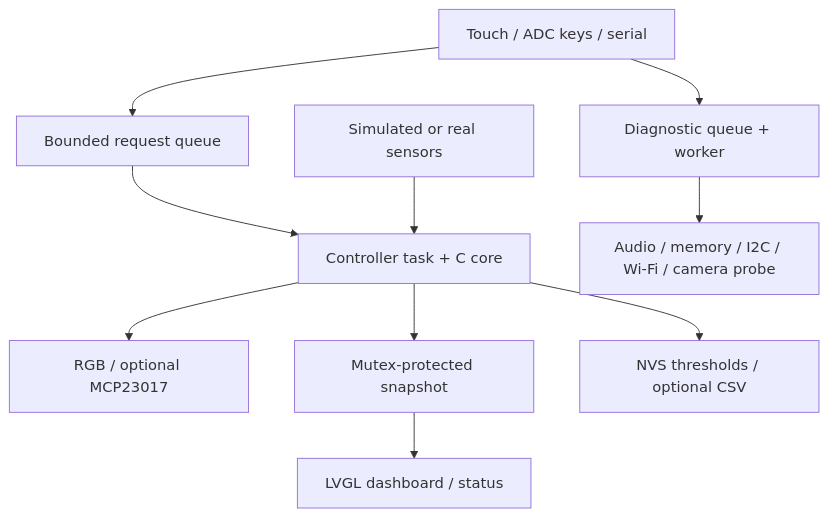
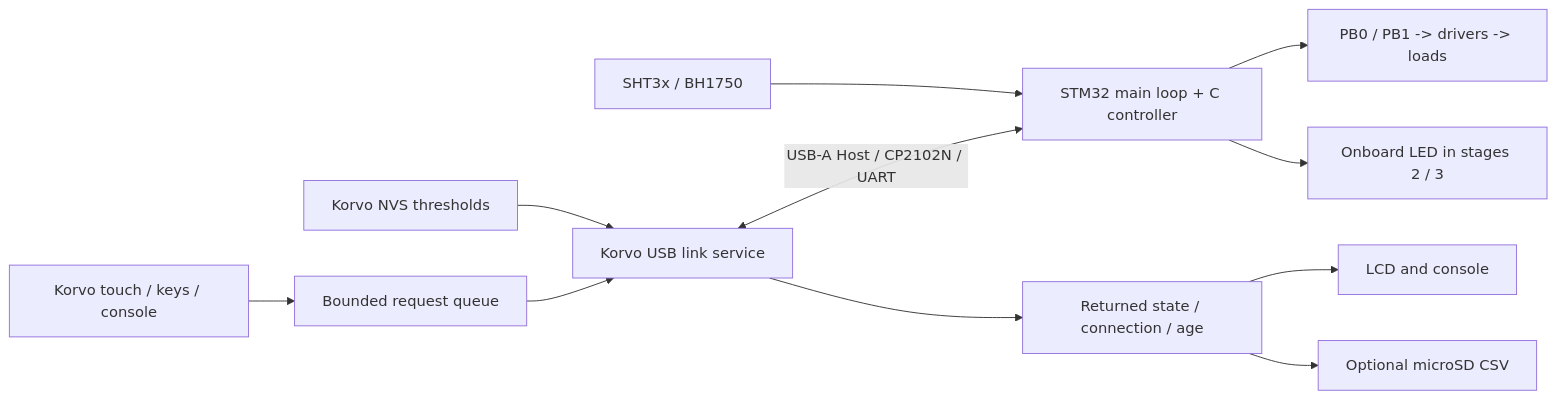
The diagram in docs/ARCHITECTURE.md (xuan511/embedded-smart-home), drawn with Mermaid before and after one commit. The commit also changed other lines of this file and 49 other files, not shown here.

Commit message:
feat: add staged STM32 controller and Korvo USB-UART link

````diff
--- a/docs/ARCHITECTURE.md
+++ b/docs/ARCHITECTURE.md
@@ -7,12 +7,13 @@
 ```mermaid
-flowchart TD
-  Inputs["Touch / ADC keys / serial"] --> Queue["Bounded request queue"]
-  Queue --> Controller["Controller task + C core"]
-  Sensors["Simulated or real sensors"] --> Controller
-  Controller --> Outputs["RGB / optional MCP23017"]
-  Controller --> Snapshot["Mutex-protected snapshot"]
-  Snapshot --> UI["LVGL dashboard / status"]
-  Controller --> Storage["NVS thresholds / optional CSV"]
-  Inputs --> Tests["Diagnostic queue + worker"]
-  Tests --> Peripherals["Audio / memory / I2C / Wi-Fi / camera probe"]
+flowchart LR
+    Inputs["Korvo touch / keys / console"] --> Queue["Bounded request queue"]
+    Queue --> Host["Korvo USB link service"]
+    NVS["Korvo NVS thresholds"] --> Host
+    Host <-->|"USB-A Host / CP2102N / UART"| STM["STM32 main loop + C controller"]
+    Sensors["SHT3x / BH1750"] --> STM
+    STM --> GPIO["PB0 / PB1 -> drivers -> loads"]
+    STM --> LED["Onboard LED in stages 2 / 3"]
+    Host --> Snapshot["Returned state / connection / age"]
+    Snapshot --> UI["LCD and console"]
+    Snapshot --> SD["Optional microSD CSV"]
 ```
````
